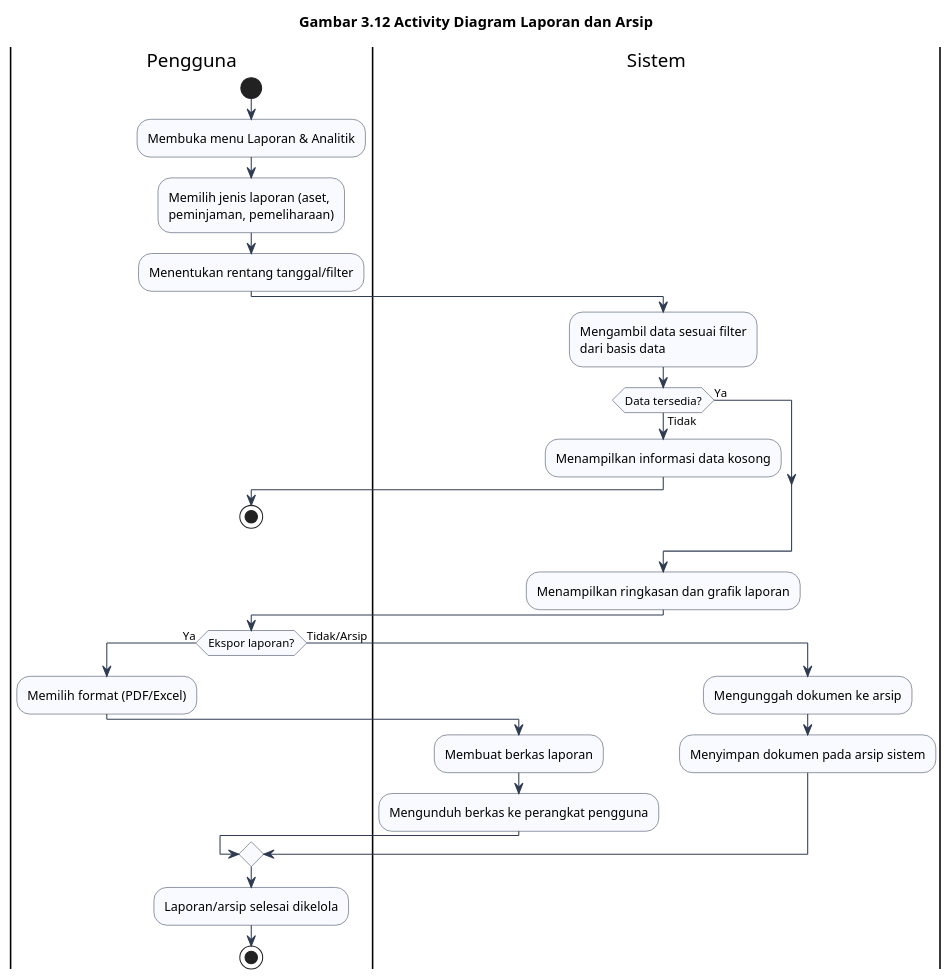
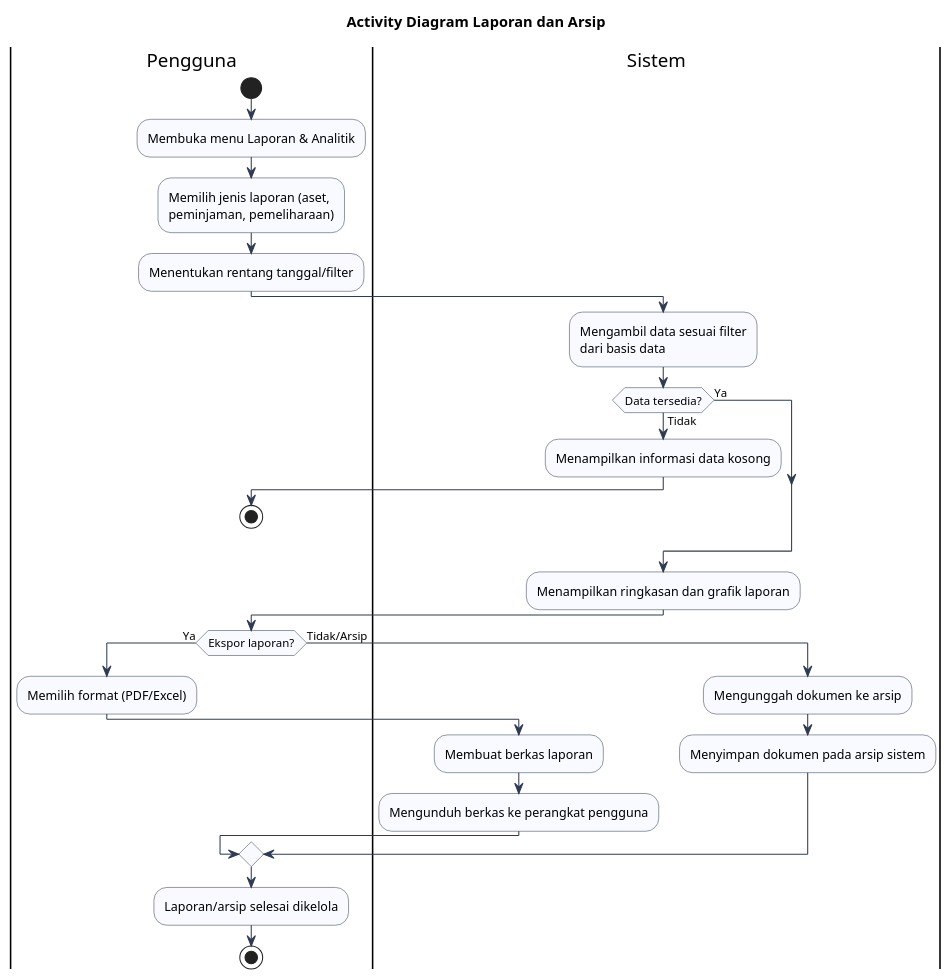
The diagram in docs/activity/3.12-laporan-arsip.puml (Abdlhsnu17/sipena.apps), drawn with PlantUML before and after one commit. The commit also changed 21 other files, not shown here.

Commit message:
docs: ubah judul activity diagram menjadi polos tanpa nomor gambar

```diff
--- a/docs/activity/3.12-laporan-arsip.puml
+++ b/docs/activity/3.12-laporan-arsip.puml
@@ -1,47 +1,47 @@
 @startuml
-title Gambar 3.12 Activity Diagram Laporan dan Arsip
+title Activity Diagram Laporan dan Arsip
 skinparam shadowing false
 skinparam activity {
   BackgroundColor #F8FAFF
   BorderColor #2F3B52
   ArrowColor #2F3B52
   DiamondBackgroundColor #F8FAFF
   DiamondBorderColor #2F3B52
 }
 
 |Pengguna|
 start
 :Membuka menu Laporan & Analitik;
 :Memilih jenis laporan (aset,
 peminjaman, pemeliharaan);
 :Menentukan rentang tanggal/filter;
 
 |Sistem|
 :Mengambil data sesuai filter
 dari basis data;
 if (Data tersedia?) then (Tidak)
   :Menampilkan informasi data kosong;
   |Pengguna|
   stop
 else (Ya)
 endif
 
 |Sistem|
 :Menampilkan ringkasan dan grafik laporan;
 
 |Pengguna|
 if (Ekspor laporan?) then (Ya)
   :Memilih format (PDF/Excel);
   |Sistem|
   :Membuat berkas laporan;
   :Mengunduh berkas ke perangkat pengguna;
 else (Tidak/Arsip)
   :Mengunggah dokumen ke arsip;
   |Sistem|
   :Menyimpan dokumen pada arsip sistem;
 endif
 
 |Pengguna|
 :Laporan/arsip selesai dikelola;
 stop
 @enduml
```
